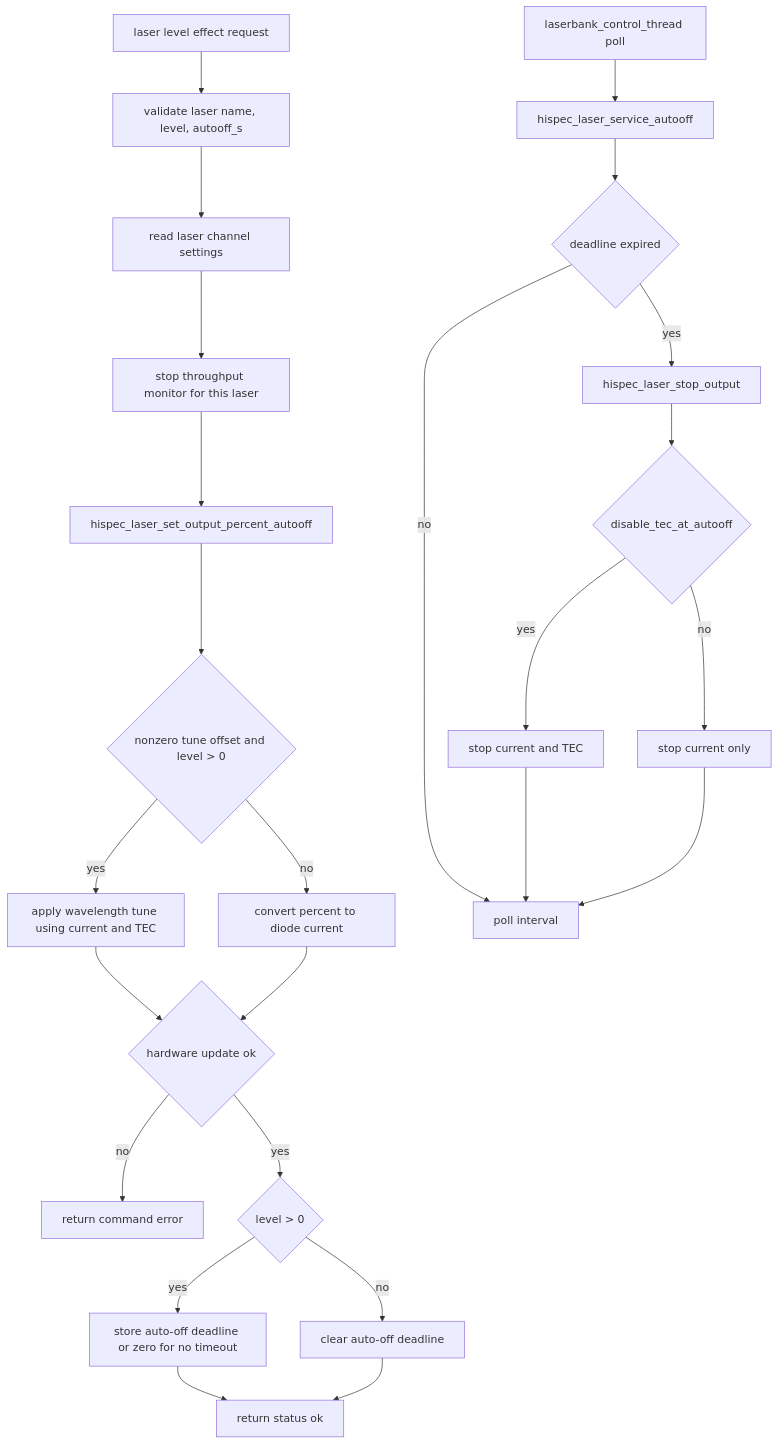
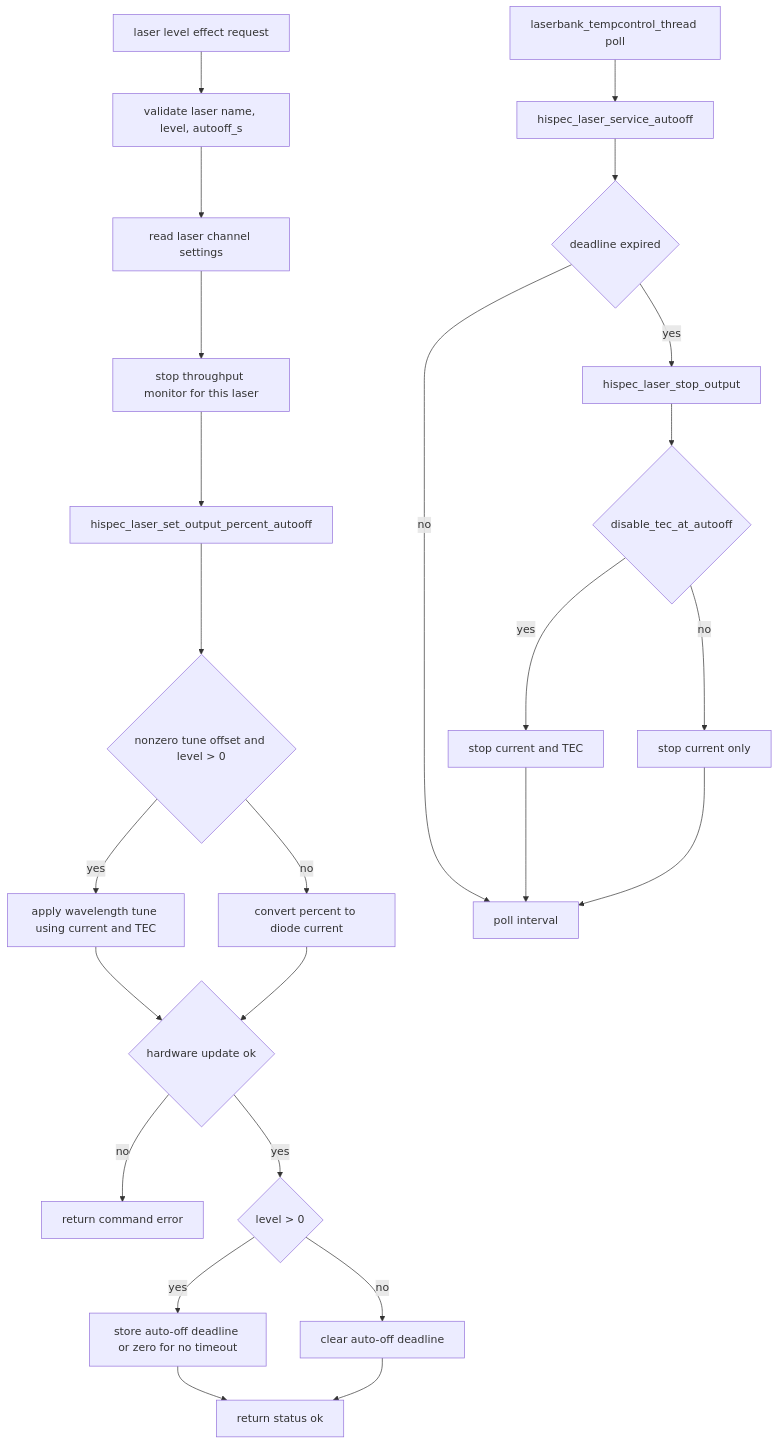
Before and after one commit to COO-Utilities/hispec-tib: diagram 21 of 22 in doc/diagrams.md, drawn with Mermaid. The commit also changed other lines of this file and 10 other files, not shown here.

Commit message:
Rename laser bank temperature control module

````diff
--- a/doc/diagrams.md
+++ b/doc/diagrams.md
@@ -448,28 +448,28 @@
 ```mermaid
 flowchart TD
   Request[laser level effect request] --> Parse[validate laser name, level, autooff_s]
   Parse --> Settings[read laser channel settings]
   Settings --> StopTP[stop throughput monitor for this laser]
   StopTP --> SetOutput[hispec_laser_set_output_percent_autooff]
   SetOutput --> Tuned{nonzero tune offset and level > 0}
   Tuned -- yes --> Tune[apply wavelength tune using current and TEC]
   Tuned -- no --> Percent[convert percent to diode current]
   Tune --> Applied{hardware update ok}
   Percent --> Applied
   Applied -- no --> Error[return command error]
   Applied -- yes --> LevelPositive{level > 0}
   LevelPositive -- yes --> Deadline[store auto-off deadline or zero for no timeout]
   LevelPositive -- no --> Clear[clear auto-off deadline]
   Deadline --> Ok[return status ok]
   Clear --> Ok
 
-  BankControl[laserbank_control_thread poll] --> Service[hispec_laser_service_autooff]
+  BankControl[laserbank_tempcontrol_thread poll] --> Service[hispec_laser_service_autooff]
   Service --> Expired{deadline expired}
   Expired -- no --> Wait[poll interval]
   Expired -- yes --> StopOutput[hispec_laser_stop_output]
   StopOutput --> DisableTec{disable_tec_at_autooff}
   DisableTec -- yes --> TecOff[stop current and TEC]
   DisableTec -- no --> CurrentOff[stop current only]
   TecOff --> Wait
   CurrentOff --> Wait
 ```
````
